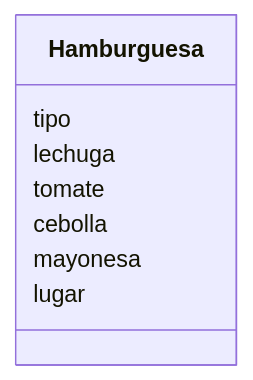
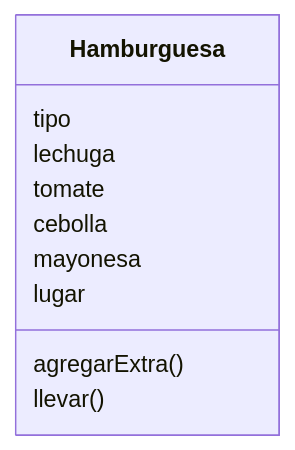
Before and after one commit to PatoAparicio/psg-oop-2025: the diagram in retos_sesion_01/ejercicio_01.md, drawn with Mermaid. The commit also changed other lines of this file and 2 other files, not shown here.

````diff
--- a/retos_sesion_01/ejercicio_01.md
+++ b/retos_sesion_01/ejercicio_01.md
@@ -43,11 +42,13 @@
 ```mermaid
 classDiagram
 class Hamburguesa {
     tipo
     lechuga
     tomate
     cebolla
     mayonesa
     lugar
+    agregarExtra()
+    llevar()
     }
 ```
````
